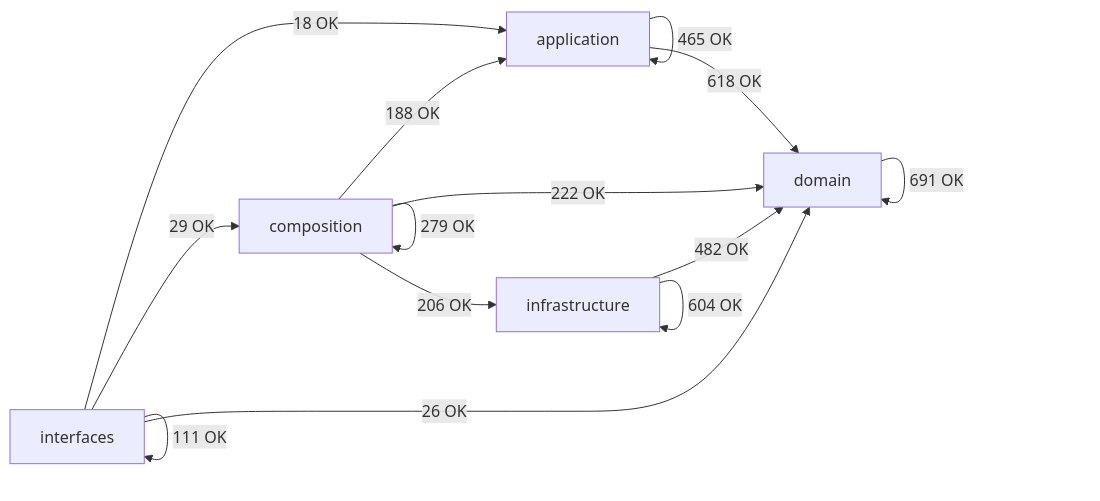
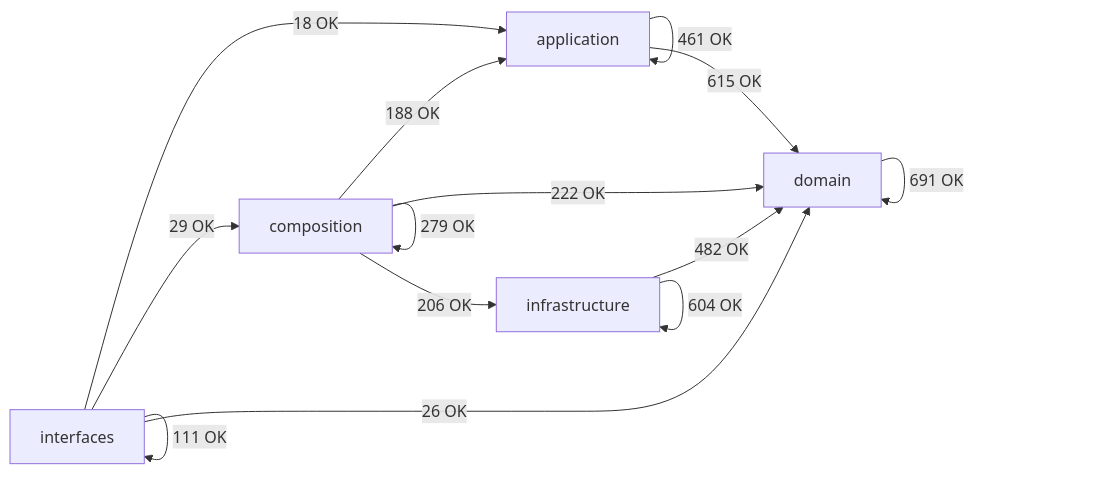
One commit to SatoryKono/BioactivityDataAcquisition changed the diagram in docs/02-architecture/generated/module-dependency-map.md. Above: the diagram before and after it, drawn with Mermaid. The commit also changed other lines of this file and 16 other files, not shown here.

First line of the commit message:
refactor(facade): remove deprecated facade_compat and integrate dependencies [feat/mmd-diagrams-improvements]

````diff
--- a/docs/02-architecture/generated/module-dependency-map.md
+++ b/docs/02-architecture/generated/module-dependency-map.md
@@ -16,21 +16,21 @@
 ```mermaid
 flowchart LR
     domain[domain]
     application[application]
     infrastructure[infrastructure]
     composition[composition]
     interfaces[interfaces]
-    application -->|465 OK| application
-    application -->|618 OK| domain
+    application -->|461 OK| application
+    application -->|615 OK| domain
     composition -->|188 OK| application
     composition -->|279 OK| composition
     composition -->|222 OK| domain
     composition -->|206 OK| infrastructure
     domain -->|691 OK| domain
     infrastructure -->|482 OK| domain
     infrastructure -->|604 OK| infrastructure
     interfaces -->|18 OK| application
     interfaces -->|29 OK| composition
     interfaces -->|26 OK| domain
     interfaces -->|111 OK| interfaces
 ```
````
